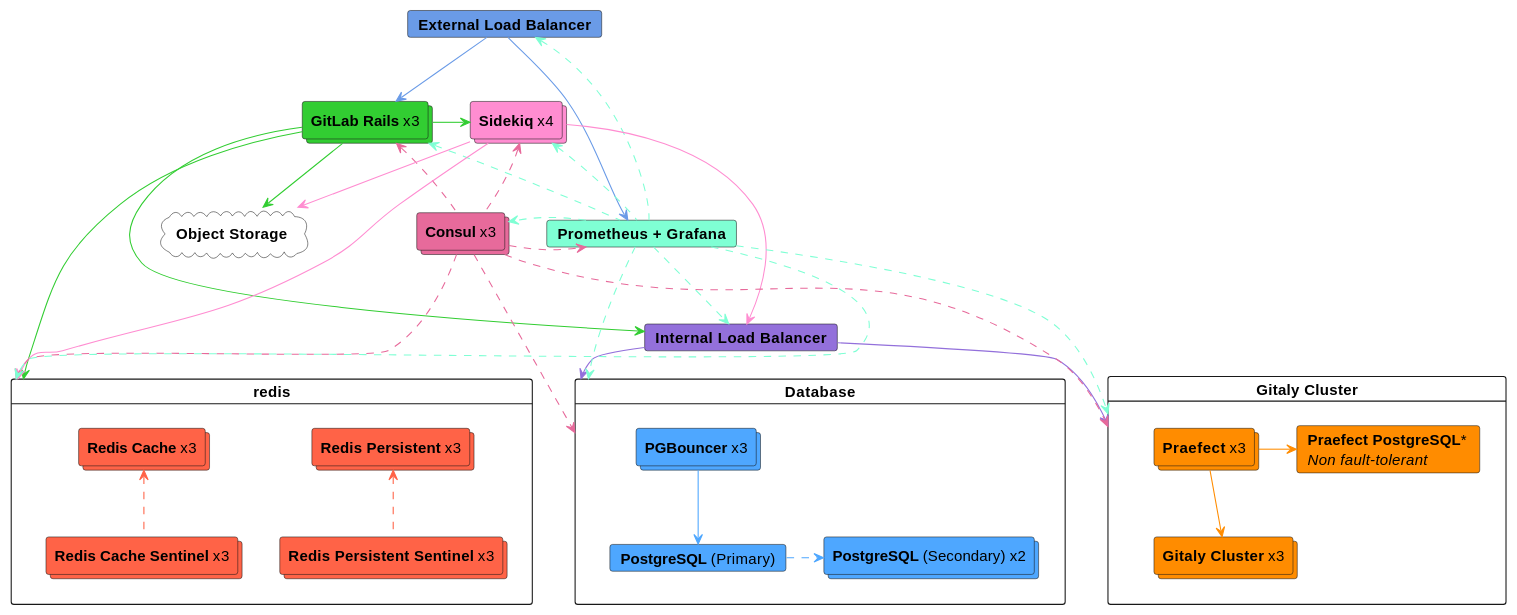
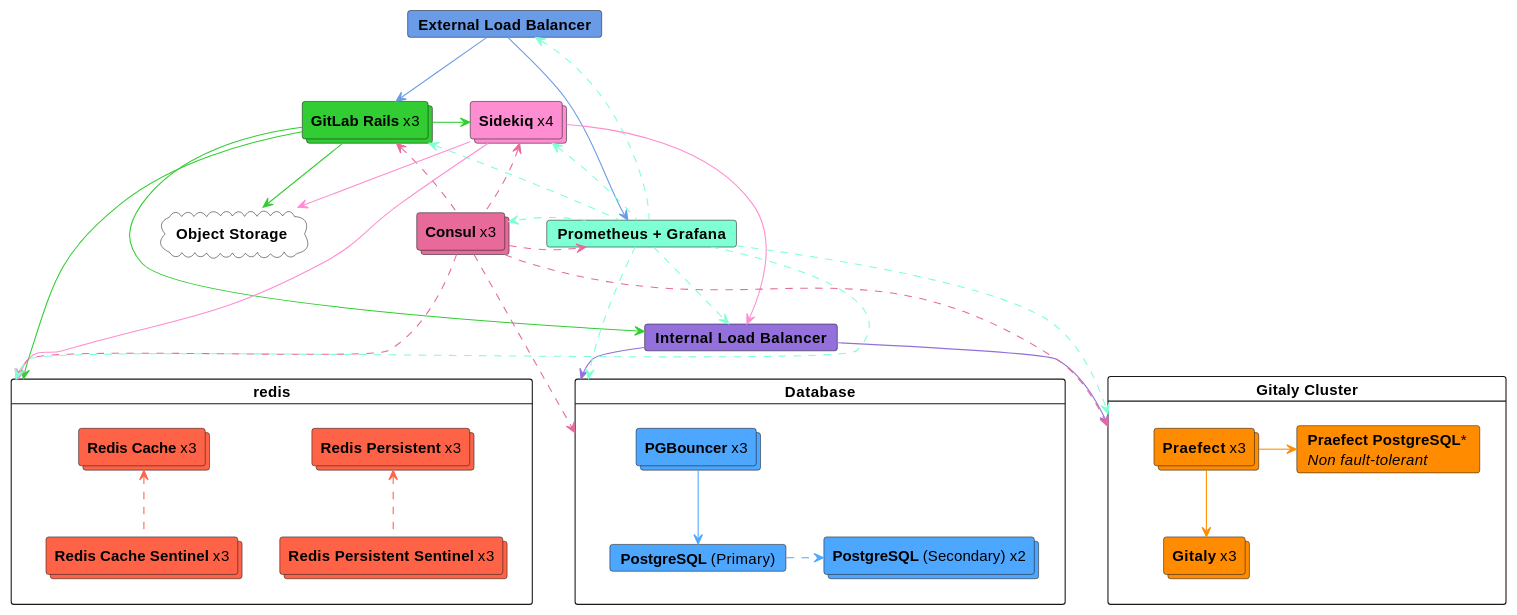
Before and after one commit to mehulagg/gitlab: the diagram in doc/administration/reference_architectures/10k_users.md, drawn with PlantUML.

Commit message:
Update 10k diagram

````diff
--- a/doc/administration/reference_architectures/10k_users.md
+++ b/doc/administration/reference_architectures/10k_users.md
@@ -40,82 +40,82 @@
 ```plantuml
 @startuml 10k
 card "**External Load Balancer**" as elb #6a9be7
 card "**Internal Load Balancer**" as ilb #9370DB
 
 together {
   collections "**GitLab Rails** x3" as gitlab #32CD32
   collections "**Sidekiq** x4" as sidekiq #ff8dd1
 }
 
 together {
   card "**Prometheus + Grafana**" as monitor #7FFFD4
   collections "**Consul** x3" as consul #e76a9b
 }
 
 card "Gitaly Cluster" as gitaly_cluster {
   collections "**Praefect** x3" as praefect #FF8C00
-  collections "**Gitaly Cluster** x3" as gitaly #FF8C00
+  collections "**Gitaly** x3" as gitaly #FF8C00
   card "**Praefect PostgreSQL***\n//Non fault-tolerant//" as praefect_postgres #FF8C00
   
   praefect -[#FF8C00]-> gitaly
   praefect -[#FF8C00]> praefect_postgres
 }
 
 card "Database" as database {
   collections "**PGBouncer** x3" as pgbouncer #4EA7FF
   card "**PostgreSQL** (Primary)" as postgres_primary #4EA7FF
   collections "**PostgreSQL** (Secondary) x2" as postgres_secondary #4EA7FF
   
   pgbouncer -[#4EA7FF]-> postgres_primary
   postgres_primary .[#4EA7FF]> postgres_secondary
 }
 
 card "redis" as redis {
   collections "**Redis Persistent** x3" as redis_persistent #FF6347
   collections "**Redis Cache** x3" as redis_cache #FF6347
   collections "**Redis Persistent Sentinel** x3" as redis_persistent_sentinel #FF6347
   collections "**Redis Cache Sentinel** x3"as redis_cache_sentinel #FF6347
   
   redis_persistent <.[#FF6347]- redis_persistent_sentinel
   redis_cache <.[#FF6347]- redis_cache_sentinel
 }
 
 cloud "**Object Storage**" as object_storage #white
 
 elb -[#6a9be7]-> gitlab
 elb -[#6a9be7]--> monitor
 
 gitlab -[#32CD32]> sidekiq
 gitlab -[#32CD32]--> ilb
 gitlab -[#32CD32]-> object_storage
 gitlab -[#32CD32]---> redis
 gitlab -[hidden]-> monitor
 gitlab -[hidden]-> consul
 
 sidekiq -[#ff8dd1]--> ilb
 sidekiq -[#ff8dd1]-> object_storage
 sidekiq -[#ff8dd1]---> redis
 sidekiq -[hidden]-> monitor
 sidekiq -[hidden]-> consul
 
 ilb -[#9370DB]-> gitaly_cluster
 ilb -[#9370DB]-> database
 
 consul .[#e76a9b]u-> gitlab
 consul .[#e76a9b]u-> sidekiq
 consul .[#e76a9b]> monitor
 consul .[#e76a9b]-> database
 consul .[#e76a9b]-> gitaly_cluster
 consul .[#e76a9b,norank]--> redis
 
 monitor .[#7FFFD4]u-> gitlab
 monitor .[#7FFFD4]u-> sidekiq
 monitor .[#7FFFD4]> consul
 monitor .[#7FFFD4]-> database
 monitor .[#7FFFD4]-> gitaly_cluster
 monitor .[#7FFFD4,norank]--> redis
 monitor .[#7FFFD4]> ilb
 monitor .[#7FFFD4,norank]u--> elb
 
 @enduml
 ```
````
